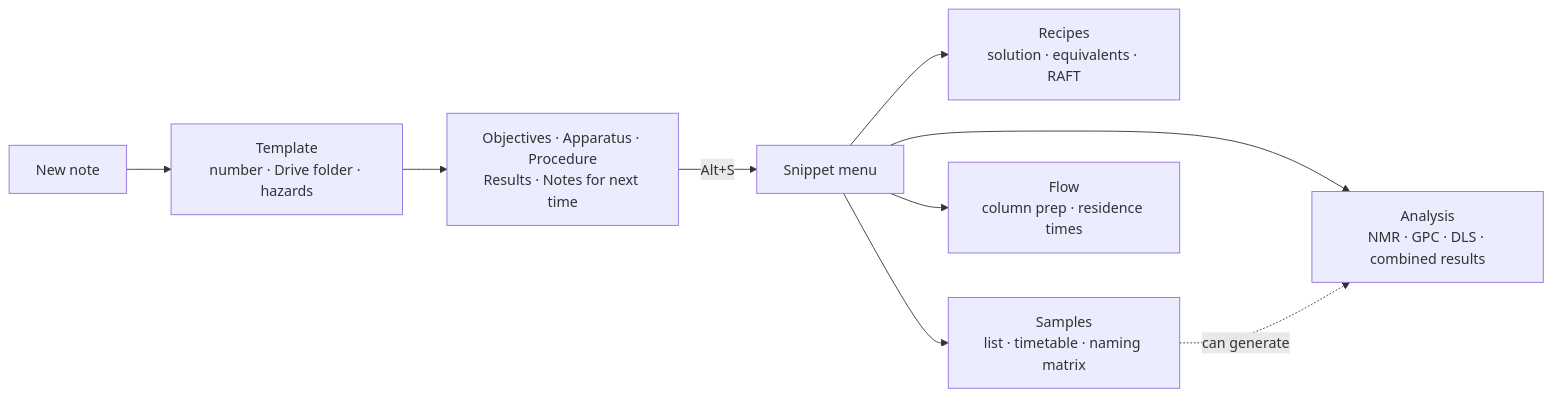
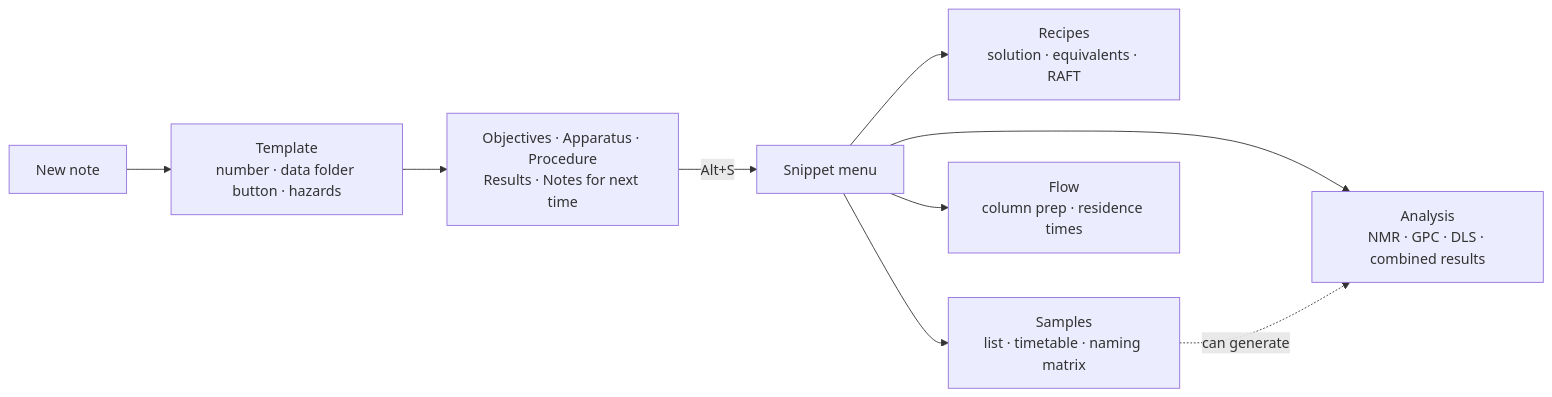
Before and after one commit to johnsonolly4/lab-kit: the first of 2 diagrams in docs/tutorial.md, drawn with Mermaid. The commit also changed other lines of this file and 17 other files, not shown here.

````diff
--- a/docs/tutorial.md
+++ b/docs/tutorial.md
@@ -14,11 +14,11 @@
 ```mermaid
 flowchart LR
-    N[New note] --> T[Template<br>number · Drive folder · hazards]
+    N[New note] --> T[Template<br>number · data folder button · hazards]
     T --> S[Objectives · Apparatus · Procedure<br>Results · Notes for next time]
     S -- Alt+S --> M[Snippet menu]
     M --> C1[Recipes<br>solution · equivalents · RAFT]
     M --> C2[Samples<br>list · timetable · naming matrix]
     M --> C3[Analysis<br>NMR · GPC · DLS · combined results]
     M --> C4[Flow<br>column prep · residence times]
     C2 -. can generate .-> C3
 ```
````
